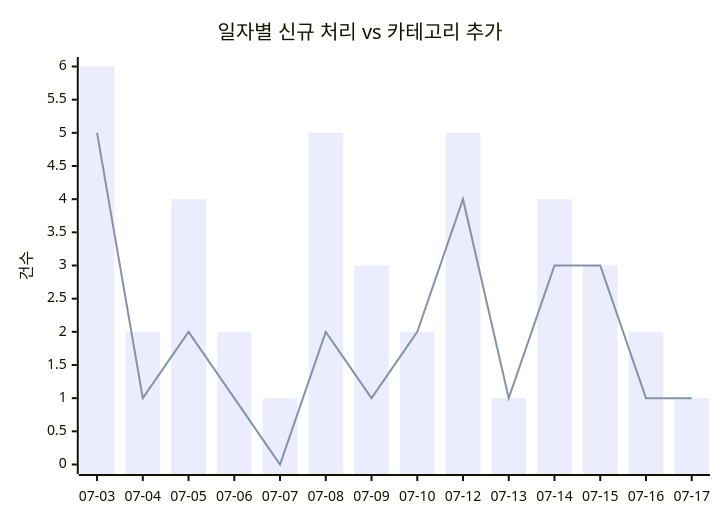
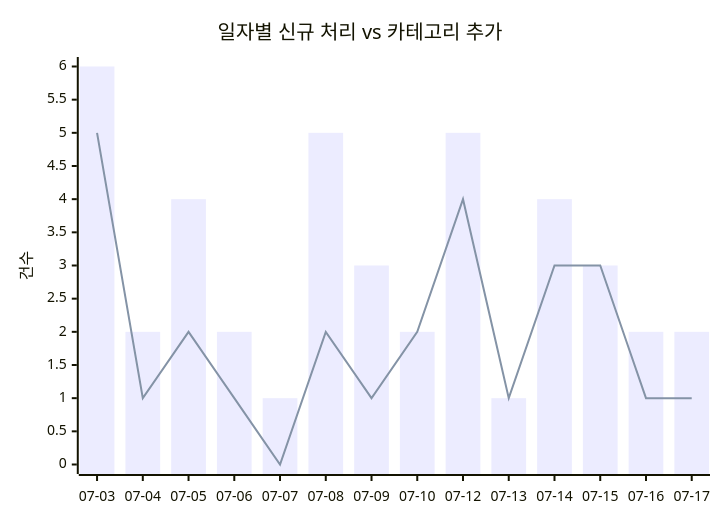
Before and after one commit to J-nowcow/awesome-korean-agent-skills: the first of 2 diagrams in docs/trends.md, drawn with Mermaid. The commit also changed other lines of this file and 2 other files, not shown here.

````diff
--- a/docs/trends.md
+++ b/docs/trends.md
@@ -32,8 +32,8 @@
 ```mermaid
 xychart-beta
     title "일자별 신규 처리 vs 카테고리 추가"
     x-axis ["07-03","07-04","07-05","07-06","07-07","07-08","07-09","07-10","07-12","07-13","07-14","07-15","07-16","07-17"]
     y-axis "건수"
-    bar [6,2,4,2,1,5,3,2,5,1,4,3,2,1]
+    bar [6,2,4,2,1,5,3,2,5,1,4,3,2,2]
     line [5,1,2,1,0,2,1,2,4,1,3,3,1,1]
 ```
````
